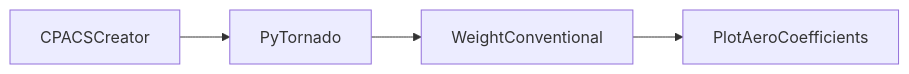
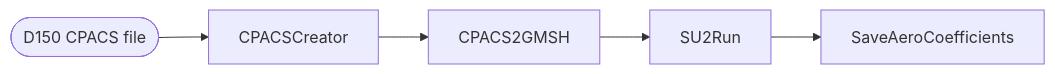
One commit to cfsengineering/CEASIOMpy changed the diagram in test_cases/test_case_2/README.md. Above: the diagram before and after it, drawn with Mermaid. The commit also changed 18 other files, not shown here.

First line of the commit message:
Refactor PlotAeroCoefficients Module (#231)

````diff
--- a/test_cases/test_case_2/README.md
+++ b/test_cases/test_case_2/README.md
@@ -30,6 +30,7 @@
 ```mermaid
   graph LR;
-      CPACSCreator-->PyTornado;
-      PyTornado-->WeightConventional;
-      WeightConventional-->PlotAeroCoefficients;
+      D150([D150 CPACS file])-->CPACSCreator;
+      CPACSCreator-->CPACS2GMSH;
+      CPACS2GMSH-->SU2Run;
+      SU2Run-->SaveAeroCoefficients;
 ```
````
